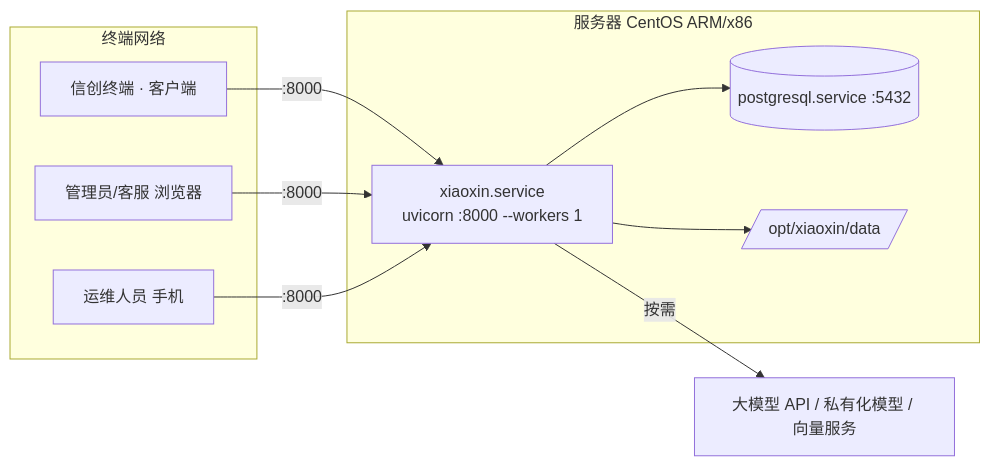
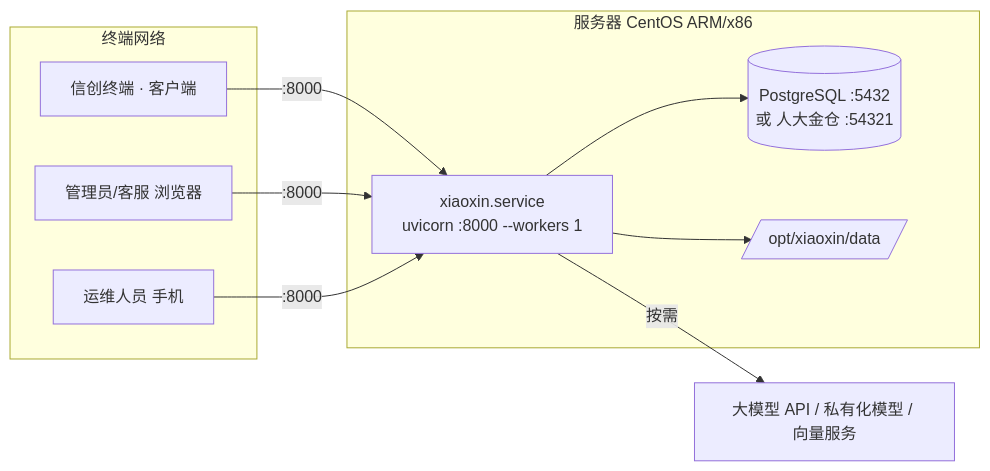
Before and after one commit to wunllso472-cyber/xiaoxinkechuang: the fifth of 5 diagrams in docs/技术架构说明.md, drawn with Mermaid. The commit also changed other lines of this file and 14 other files, not shown here.

````diff
--- a/docs/技术架构说明.md
+++ b/docs/技术架构说明.md
@@ -236,17 +236,17 @@
 ```mermaid
 flowchart LR
   subgraph 终端网络
     T1[信创终端 · 客户端]
     T2[管理员/客服 浏览器]
     T3[运维人员 手机]
   end
   subgraph 服务器 CentOS ARM/x86
     SV[xiaoxin.service<br/>uvicorn :8000 --workers 1]
-    PG[(postgresql.service :5432)]
+    PG[(PostgreSQL :5432<br/>或 人大金仓 :54321)]
     D[/opt/xiaoxin/data/]
   end
   T1 & T2 & T3 -->|:8000| SV
   SV --> PG
   SV --> D
   SV -->|按需| EXT[大模型 API / 私有化模型 / 向量服务]
 ```
````
